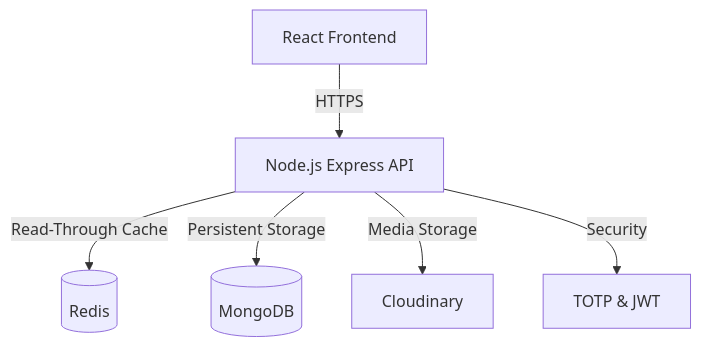
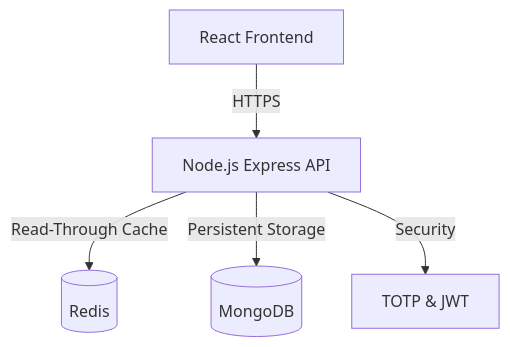
Before and after one commit to vinamras19/it-asset-management-portal: the first of 2 diagrams in README.md, drawn with Mermaid. The commit also changed other lines of this file, not shown here.

Commit message:
docs: added functional logic architecture

````diff
--- a/README.md
+++ b/README.md
@@ -23,8 +24,7 @@
 ```mermaid
 graph TD
     Client[React Frontend] -->|HTTPS| API[Node.js Express API]
     API -->|Read-Through Cache| Cache[(Redis)]
     API -->|Persistent Storage| DB[(MongoDB)]
-    API -->|Media Storage| CDN[Cloudinary]
     API -->|Security| Auth[TOTP & JWT]
 ```
````
